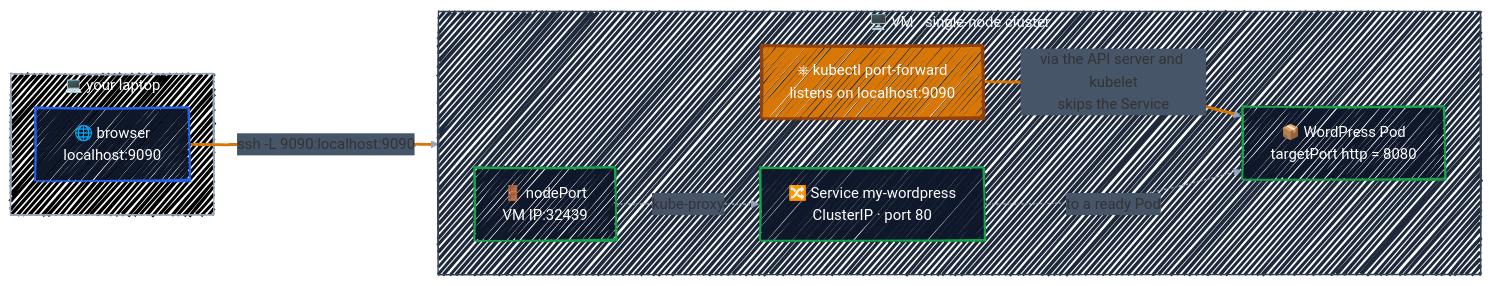
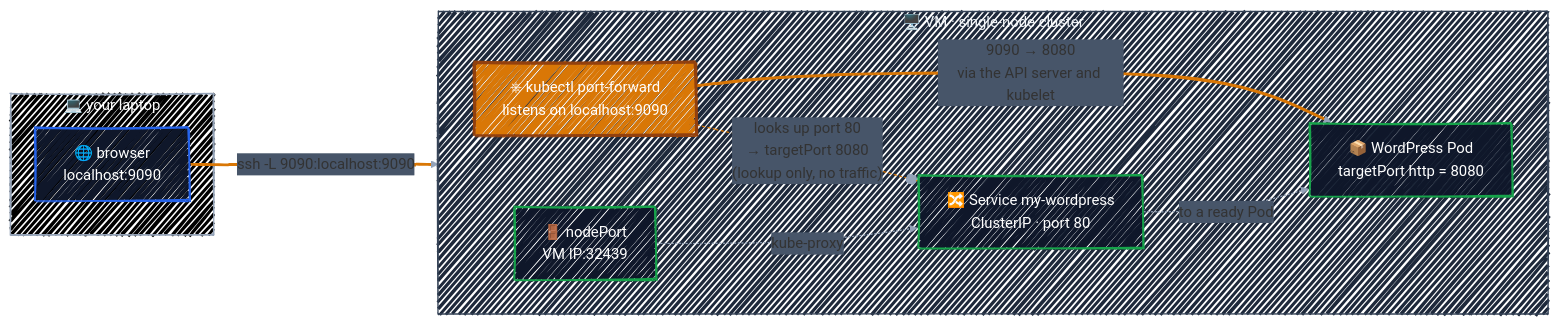
Before and after one commit to r97221004/helm-tutorial: the diagram in docs/helm-fundamentals/installing-wordpress.md, drawn with Mermaid. The commit also changed other lines of this file, not shown here.

First line of the commit message:
docs: show that port-forward uses the Service port only for lookup

````diff
--- a/docs/helm-fundamentals/installing-wordpress.md
+++ b/docs/helm-fundamentals/installing-wordpress.md
@@ -165,42 +173,44 @@
 ```mermaid
 ---
 config:
   look: handDrawn
   theme: default
   themeVariables:
     fontFamily: '"Comic Sans MS", "Comic Sans", "Segoe Print", "Bradley Hand", cursive'
     clusterBkg: '#FAFAFA'
     clusterBorder: '#94A3B8'
     lineColor: '#94A3B8'
     edgeLabelBackground: '#475569'
   themeCSS: |
     .edgeLabel, .edgeLabel p, .edgeLabel span { color: #FFFFFF !important; }
 ---
 flowchart LR
     subgraph laptop["💻 your laptop"]
         browser["🌐 browser<br/>localhost:9090"]
     end
 
     subgraph vm["🖥️ VM · single-node cluster"]
         direction LR
         kpf["⎈ kubectl port-forward<br/>listens on localhost:9090"]
         np["🚪 nodePort<br/>VM IP:32439"]
         svc["🔀 Service my-wordpress<br/>ClusterIP · port 80"]
         pod["📦 WordPress Pod<br/>targetPort http = 8080"]
     end
 
     browser ==>|"ssh -L 9090:localhost:9090"| kpf
-    kpf ==>|"via the API server and kubelet<br/>skips the Service"| pod
+    kpf ==>|"9090 → 8080<br/>via the API server and kubelet"| pod
     np -.->|"kube-proxy"| svc
     svc -.->|"to a ready Pod"| pod
+    kpf -.-o|"looks up port 80<br/>→ targetPort 8080<br/>(lookup only, no traffic)"| svc
 
     classDef ctrl fill:#0F172A,stroke:#2563EB,stroke-width:2px,color:#FFFFFF
     classDef eng fill:#D97706,stroke:#92400E,stroke-width:3px,color:#FFFFFF
     classDef tgt fill:#0F172A,stroke:#16A34A,stroke-width:2px,color:#FFFFFF
     class browser ctrl
     class kpf eng
     class np,svc,pod tgt
     linkStyle 0,1 stroke:#D97706,stroke-width:3px
+    linkStyle 4 stroke:#D97706,stroke-width:1px,stroke-dasharray:3 3
     style laptop fill:#000000,stroke:#94A3B8,color:#FFFFFF,fillStyle:solid
     style vm fill:#1E293B,stroke:#334155,color:#F1F5F9,fillStyle:solid
 ```
````
